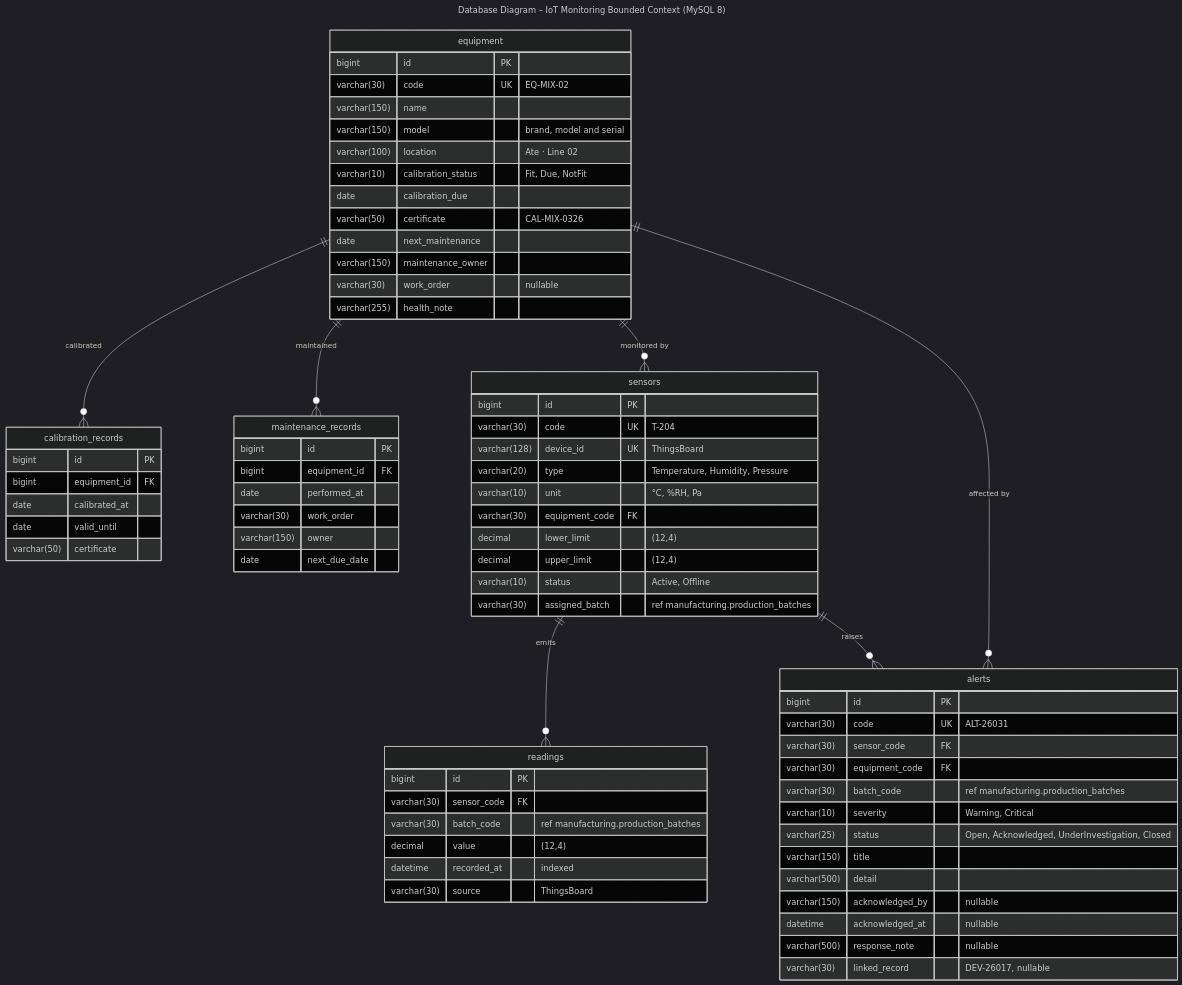
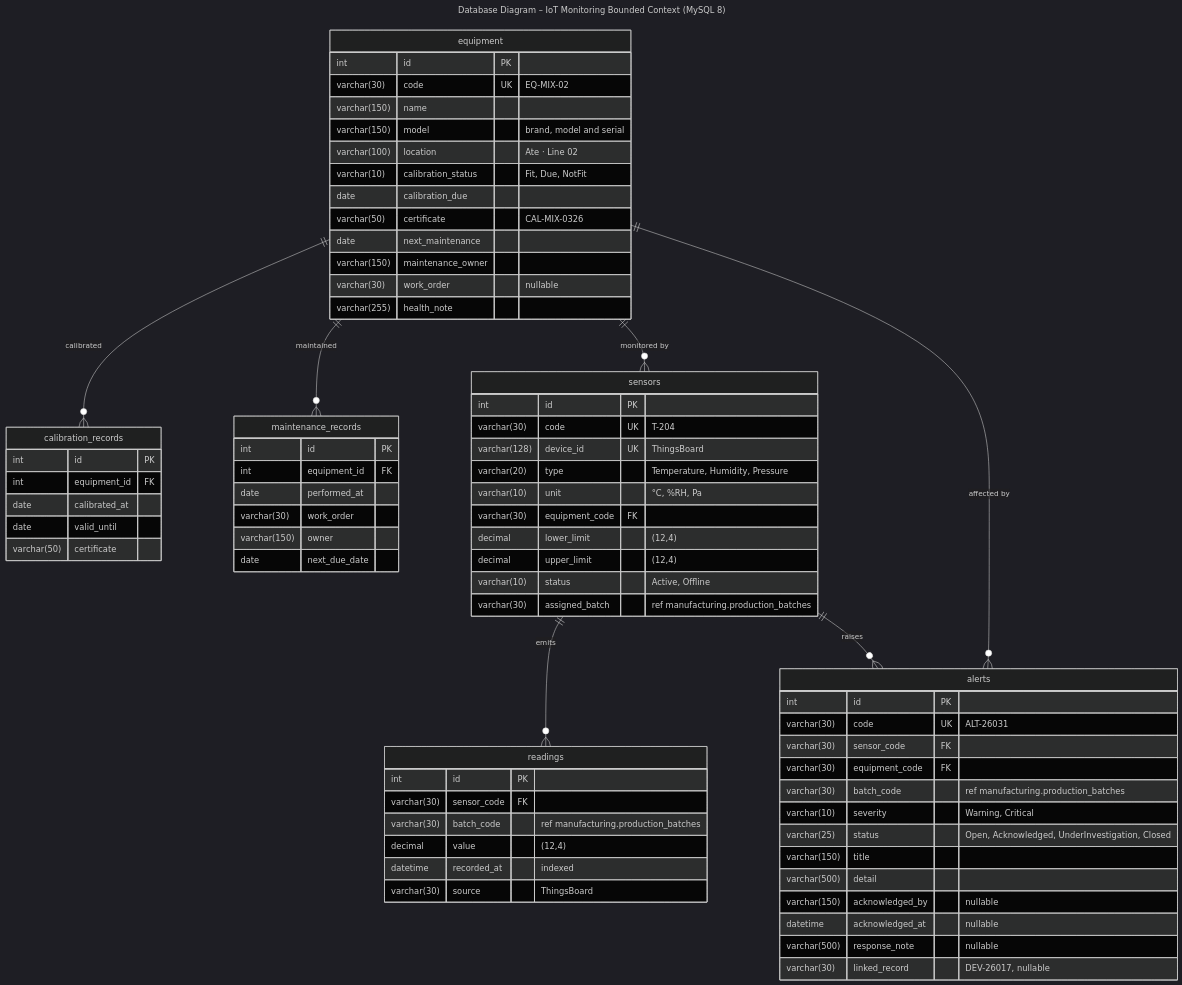
The diagram in assets/diagrams/mermaid/db-05-iot.mmd (IngesCompanyCC/doofplus-report), drawn with Mermaid (dark theme) before and after one commit. The commit also changed 24 other files, not shown here.

Commit message:
fix(diagrams): use int ids and add the manufacturing columns the backend already has

```diff
--- a/assets/diagrams/mermaid/db-05-iot.mmd
+++ b/assets/diagrams/mermaid/db-05-iot.mmd
@@ -1,74 +1,74 @@
 ---
 title: "Database Diagram – IoT Monitoring Bounded Context (MySQL 8)"
 ---
 erDiagram
   equipment {
-    bigint id PK
+    int id PK
     varchar(30) code UK "EQ-MIX-02"
     varchar(150) name
     varchar(150) model "brand, model and serial"
     varchar(100) location "Ate · Line 02"
     varchar(10) calibration_status "Fit, Due, NotFit"
     date calibration_due
     varchar(50) certificate "CAL-MIX-0326"
     date next_maintenance
     varchar(150) maintenance_owner
     varchar(30) work_order "nullable"
     varchar(255) health_note
   }
   calibration_records {
-    bigint id PK
-    bigint equipment_id FK
+    int id PK
+    int equipment_id FK
     date calibrated_at
     date valid_until
     varchar(50) certificate
   }
   maintenance_records {
-    bigint id PK
-    bigint equipment_id FK
+    int id PK
+    int equipment_id FK
     date performed_at
     varchar(30) work_order
     varchar(150) owner
     date next_due_date
   }
   sensors {
-    bigint id PK
+    int id PK
     varchar(30) code UK "T-204"
     varchar(128) device_id UK "ThingsBoard"
     varchar(20) type "Temperature, Humidity, Pressure"
     varchar(10) unit "°C, %RH, Pa"
     varchar(30) equipment_code FK
     decimal lower_limit "(12,4)"
     decimal upper_limit "(12,4)"
     varchar(10) status "Active, Offline"
     varchar(30) assigned_batch "ref manufacturing.production_batches"
   }
   readings {
-    bigint id PK
+    int id PK
     varchar(30) sensor_code FK
     varchar(30) batch_code "ref manufacturing.production_batches"
     decimal value "(12,4)"
     datetime recorded_at "indexed"
     varchar(30) source "ThingsBoard"
   }
   alerts {
-    bigint id PK
+    int id PK
     varchar(30) code UK "ALT-26031"
     varchar(30) sensor_code FK
     varchar(30) equipment_code FK
     varchar(30) batch_code "ref manufacturing.production_batches"
     varchar(10) severity "Warning, Critical"
     varchar(25) status "Open, Acknowledged, UnderInvestigation, Closed"
     varchar(150) title
     varchar(500) detail
     varchar(150) acknowledged_by "nullable"
     datetime acknowledged_at "nullable"
     varchar(500) response_note "nullable"
     varchar(30) linked_record "DEV-26017, nullable"
   }
   equipment ||--o{ calibration_records : "calibrated"
   equipment ||--o{ maintenance_records : "maintained"
   equipment ||--o{ sensors : "monitored by"
   sensors ||--o{ readings : "emits"
   sensors ||--o{ alerts : "raises"
   equipment ||--o{ alerts : "affected by"
```
